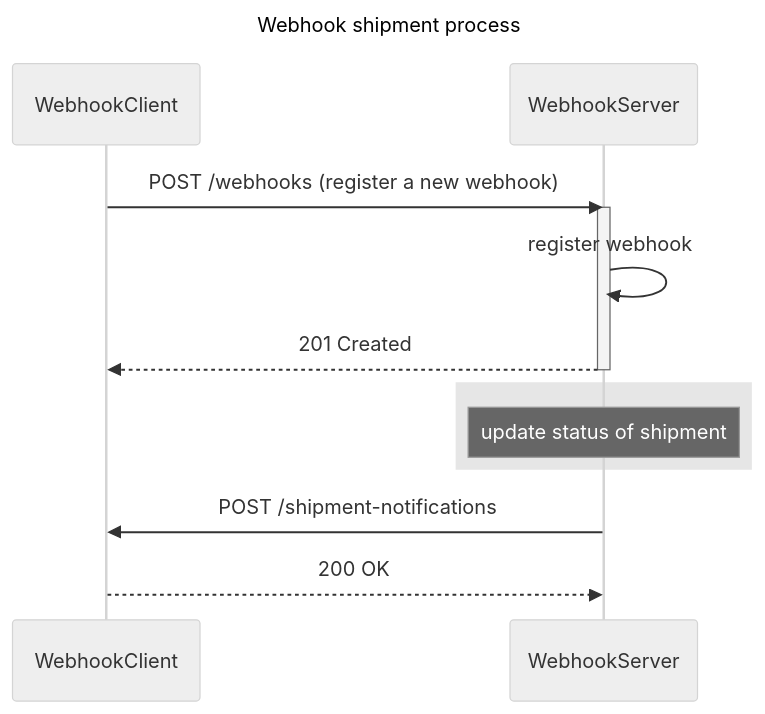
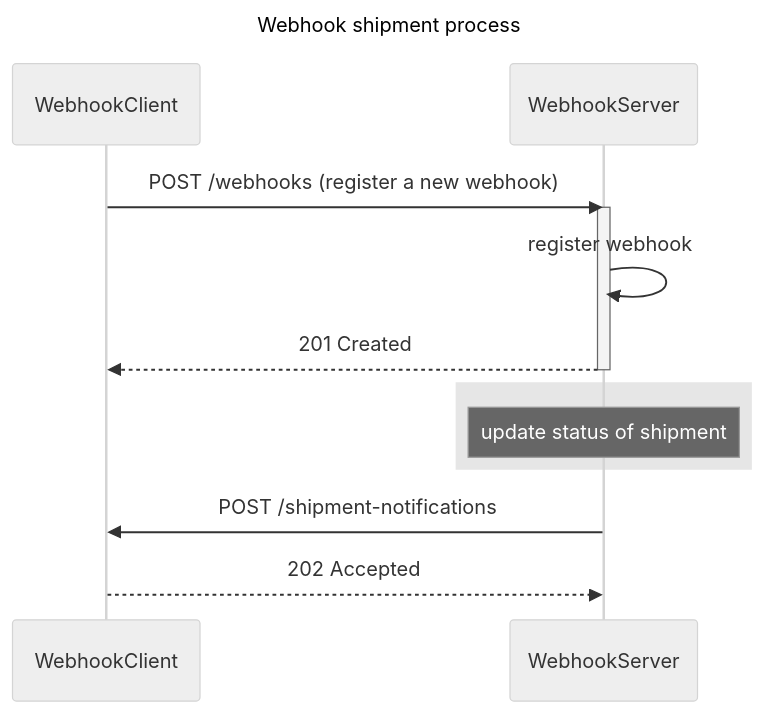
One commit to vincenzo-racca/spring-webhook changed the diagram in README.md. Above: the diagram before and after it, drawn with Mermaid (neutral theme). The commit also changed other lines of this file, not shown here.

Commit message:
fix (doc): update HTTP response status in sequence diagram and documentation

````diff
--- a/README.md
+++ b/README.md
@@ -15,20 +15,20 @@
 ```mermaid
 sequenceDiagram
     title Webhook shipment process
 
     participant WebhookClient
     participant WebhookServer
 
     WebhookClient ->> WebhookServer: POST /webhooks (register a new webhook)
     activate WebhookServer
     WebhookServer ->> WebhookServer: register webhook
     WebhookServer -->> WebhookClient: 201 Created
     deactivate WebhookServer
 
     rect rgb(230, 230, 230)
         note over WebhookServer: update status of shipment
     end
 
     WebhookServer ->> WebhookClient: POST /shipment-notifications
-    WebhookClient -->> WebhookServer: 200 OK
+    WebhookClient -->> WebhookServer: 202 Accepted
 ```
````
